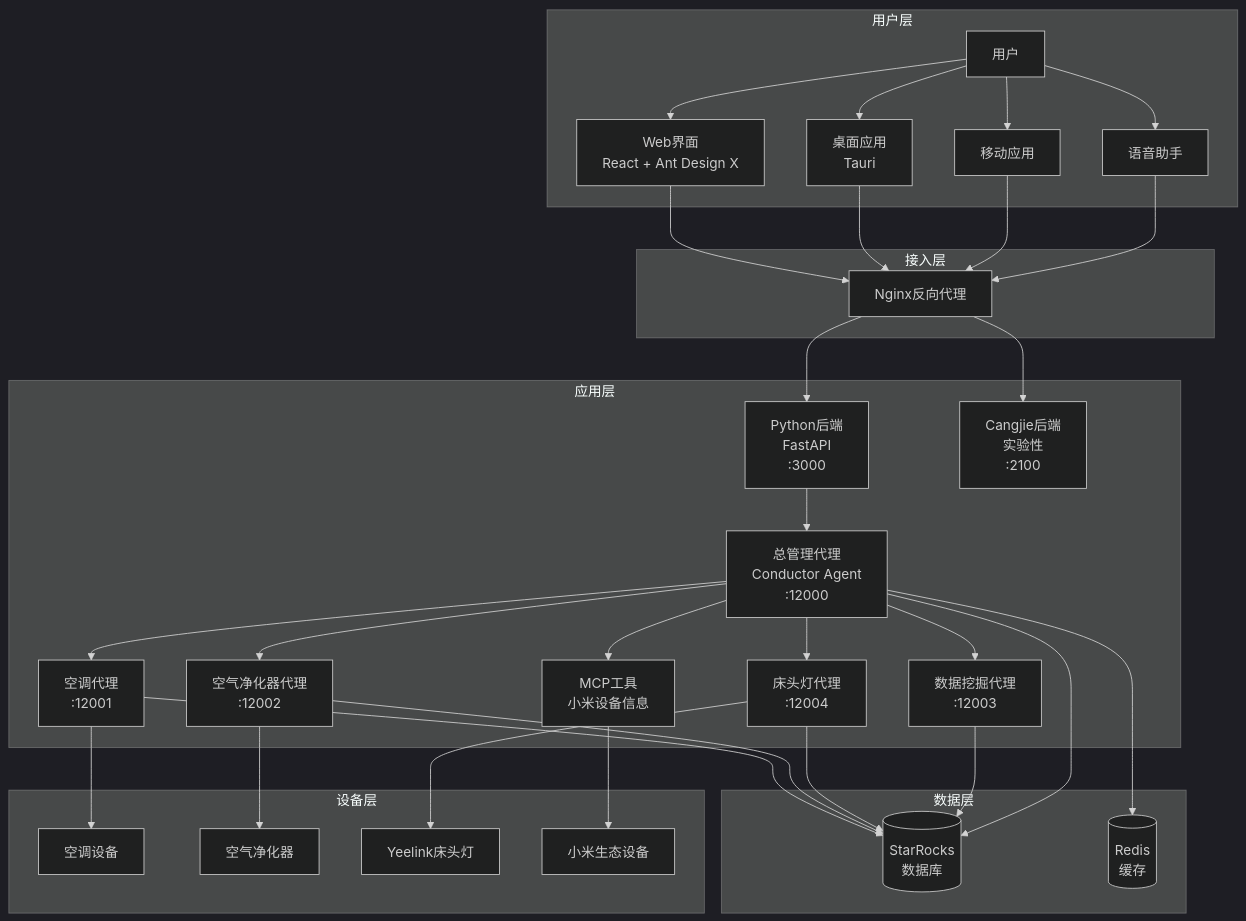
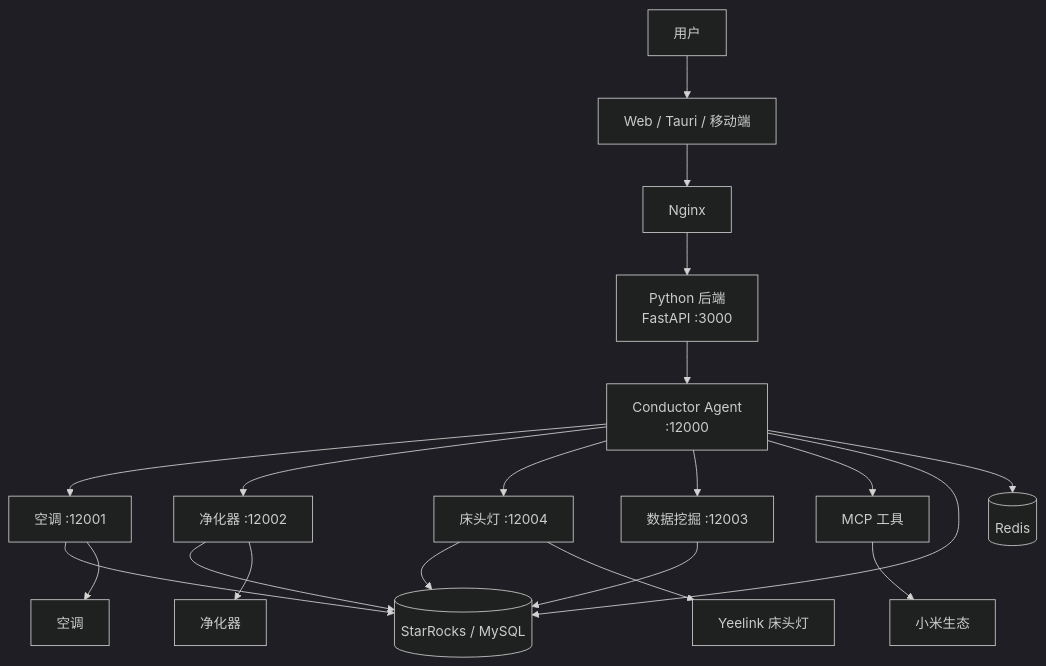
One commit to xiaoguos/smart-home-multi-agent-collaboration-system changed the diagram in README.md. Above: the diagram before and after it, drawn with Mermaid (dark theme). The commit also changed other lines of this file, not shown here.

````diff
--- a/README.md
+++ b/README.md
@@ -60,43 +25,18 @@
 ```mermaid
 graph TB
-    subgraph "用户层"
-        U[用户] --> W[Web界面<br/>React + Ant Design X]
-        U --> D[桌面应用<br/>Tauri]
-        U --> M[移动应用]
-        U --> V[语音助手]
-    end
-
-    subgraph "接入层"
-        W --> N[Nginx反向代理]
-        D --> N
-        M --> N
-        V --> N
-    end
-
-    subgraph "应用层"
-        N --> BP[Python后端<br/>FastAPI<br/>:3000]
-        N --> BC[Cangjie后端<br/>实验性<br/>:2100]
-        BP --> C[总管理代理<br/>Conductor Agent<br/>:12000]
-        C --> AC[空调代理<br/>:12001]
-        C --> ALC[空气净化器代理<br/>:12002]
-        C --> BL[床头灯代理<br/>:12004]
-        C --> DM[数据挖掘代理<br/>:12003]
-        C --> MCP[MCP工具<br/>小米设备信息]
-    end
-
-    subgraph "数据层"
-        AC --> DB[(StarRocks<br/>数据库)]
-        ALC --> DB
-        BL --> DB
-        DM --> DB
-        C --> DB
-        C --> R[(Redis<br/>缓存)]
-    end
-
-    subgraph "设备层"
-        AC --> D1[空调设备]
-        ALC --> D2[空气净化器]
-        BL --> D3[Yeelink床头灯]
-        MCP --> D4[小米生态设备]
-    end
+    U[用户] --> W[Web / Tauri / 移动端]
+    W --> N[Nginx]
+    N --> BP[Python 后端<br/>FastAPI :3000]
+    BP --> C[Conductor Agent<br/>:12000]
+    C --> AC[空调 :12001]
+    C --> ALC[净化器 :12002]
+    C --> BL[床头灯 :12004]
+    C --> DM[数据挖掘 :12003]
+    C --> MCP[MCP 工具]
+    AC & ALC & BL & DM & C --> DB[(StarRocks / MySQL)]
+    C --> R[(Redis)]
+    AC --> D1[空调]
+    ALC --> D2[净化器]
+    BL --> D3[Yeelink 床头灯]
+    MCP --> D4[小米生态]
 ```
````
